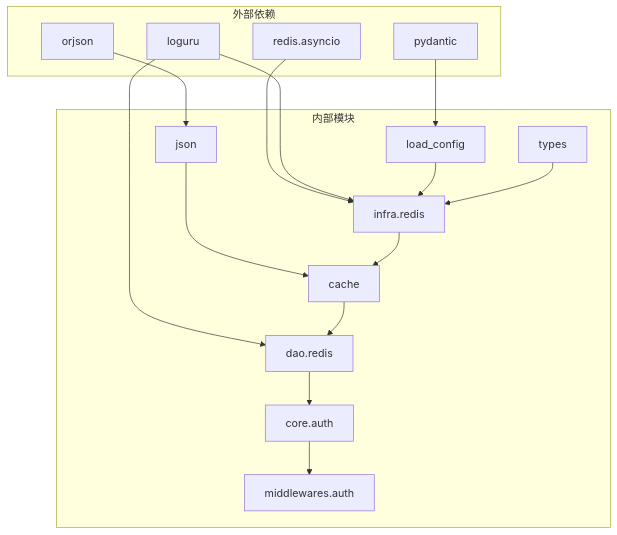
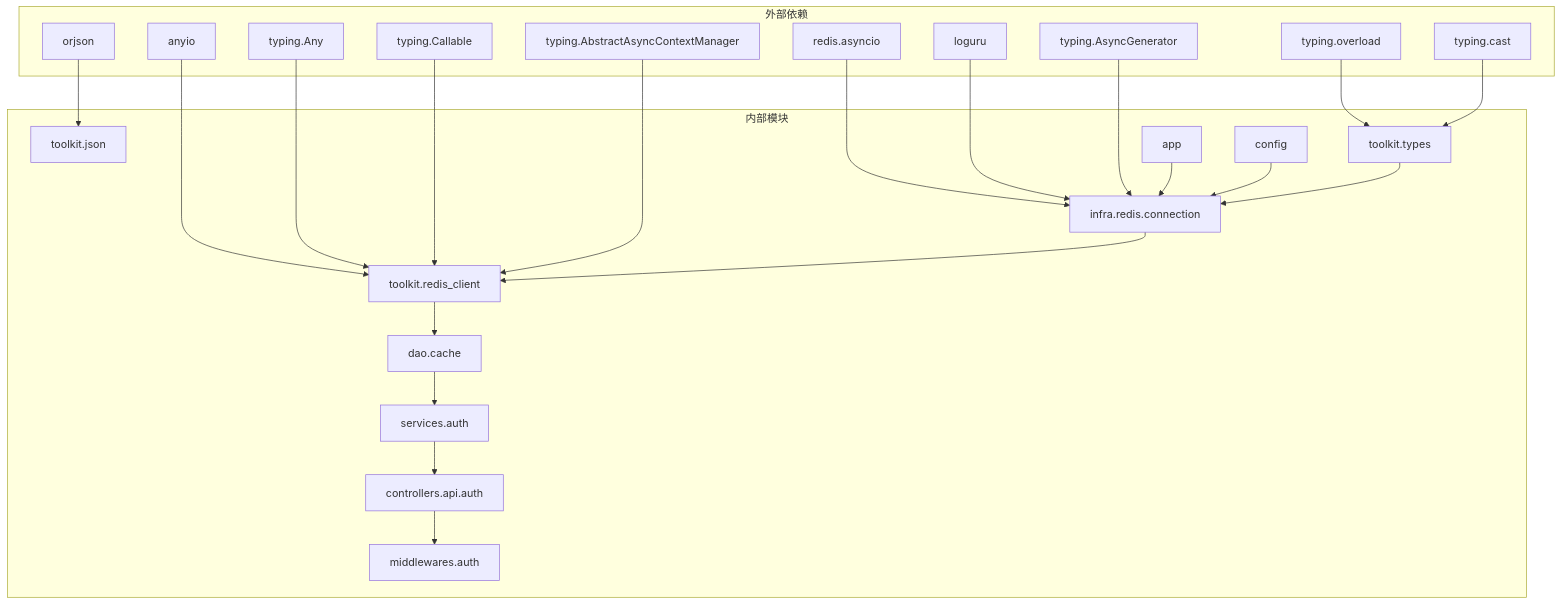
One commit to lilinzezzzzzz/fastapi-backend changed the eighth of 8 diagrams in .qoder/repowiki/zh/content/数据访问层/Redis数据访问对象.md. Above: the diagram before and after it, drawn with Mermaid. The commit also changed other lines of this file and 42 other files, not shown here.

````diff
--- a/.qoder/repowiki/zh/content/数据访问层/Redis数据访问对象.md
+++ b/.qoder/repowiki/zh/content/数据访问层/Redis数据访问对象.md
@@ -358,31 +574,45 @@
 ```mermaid
 graph TB
 subgraph "外部依赖"
 REDIS[redis.asyncio]
 ORJSON[orjson]
-PYDANTIC[pydantic]
 LOGURU[loguru]
+ANYIO[anyio]
+ENDC[typing.Any]
+ENDC2[typing.Callable]
+ENDC3[typing.AbstractAsyncContextManager]
+ENDC4[typing.AsyncGenerator]
+ENDC5[typing.overload]
+ENDC6[typing.cast]
 end
 subgraph "内部模块"
-LOAD_CONFIG[load_config]
-TYPES[types]
-JSON_TOOLKIT[json]
-CACHE_CLIENT[cache]
-REDIS_INFRA[infra.redis]
-DAO_REDIS[dao.redis]
-AUTH_CORE[core.auth]
+REDIS_CONNECTION[infra.redis.connection]
+REDIS_CLIENT[toolkit.redis_client]
+CACHE_DAO[dao.cache]
+AUTH_SERVICE[services.auth]
+AUTH_CONTROLLER[controllers.api.auth]
 AUTH_MIDDLEWARE[middlewares.auth]
+JSON_TOOLKIT[toolkit.json]
+APP[app]
+CONFIG[config]
+TYPES[toolkit.types]
 end
-REDIS --> REDIS_INFRA
+REDIS --> REDIS_CONNECTION
 ORJSON --> JSON_TOOLKIT
-PYDANTIC --> LOAD_CONFIG
-LOGURU --> REDIS_INFRA
-LOGURU --> DAO_REDIS
-LOAD_CONFIG --> REDIS_INFRA
-TYPES --> REDIS_INFRA
-JSON_TOOLKIT --> CACHE_CLIENT
-REDIS_INFRA --> CACHE_CLIENT
-CACHE_CLIENT --> DAO_REDIS
-DAO_REDIS --> AUTH_CORE
-AUTH_CORE --> AUTH_MIDDLEWARE
+LOGURU --> REDIS_CONNECTION
+ANYIO --> REDIS_CLIENT
+ENDC --> REDIS_CLIENT
+ENDC2 --> REDIS_CLIENT
+ENDC3 --> REDIS_CLIENT
+ENDC4 --> REDIS_CONNECTION
+ENDC5 --> TYPES
+ENDC6 --> TYPES
+REDIS_CONNECTION --> REDIS_CLIENT
+REDIS_CLIENT --> CACHE_DAO
+CACHE_DAO --> AUTH_SERVICE
+AUTH_SERVICE --> AUTH_CONTROLLER
+AUTH_CONTROLLER --> AUTH_MIDDLEWARE
+APP --> REDIS_CONNECTION
+CONFIG --> REDIS_CONNECTION
+TYPES --> REDIS_CONNECTION
 ```
````
